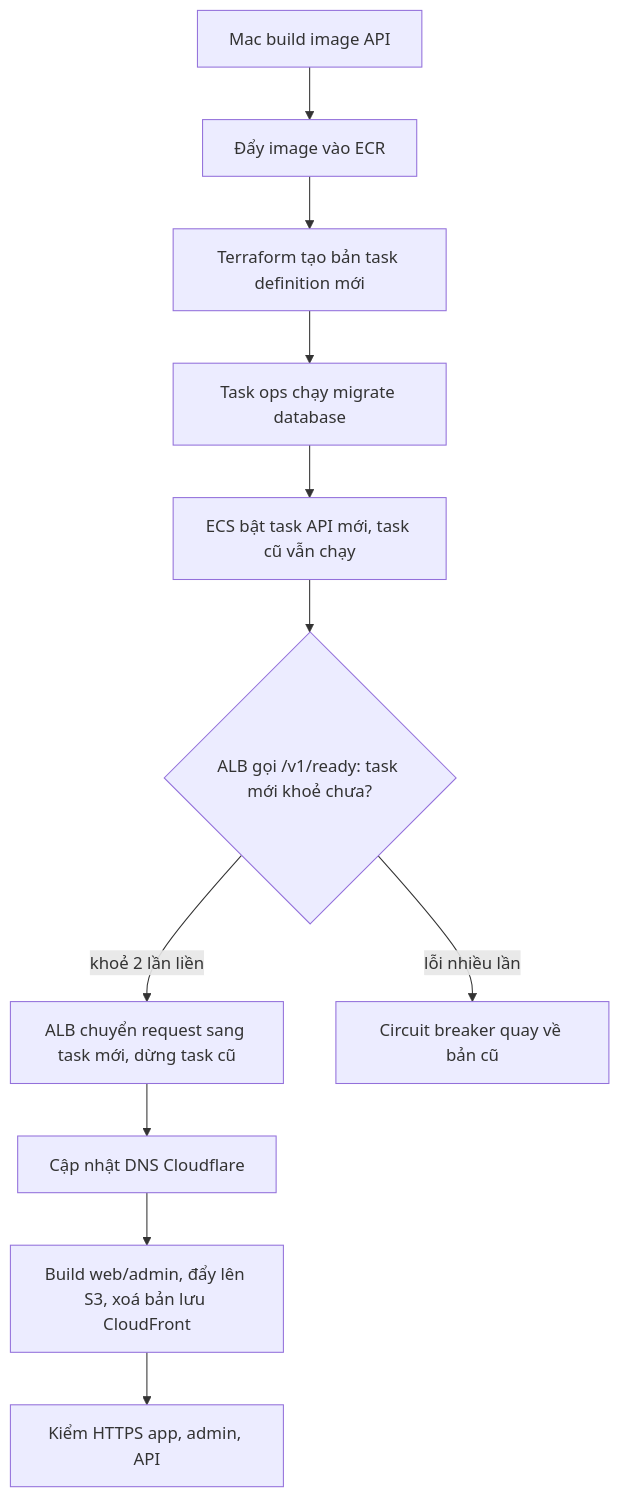
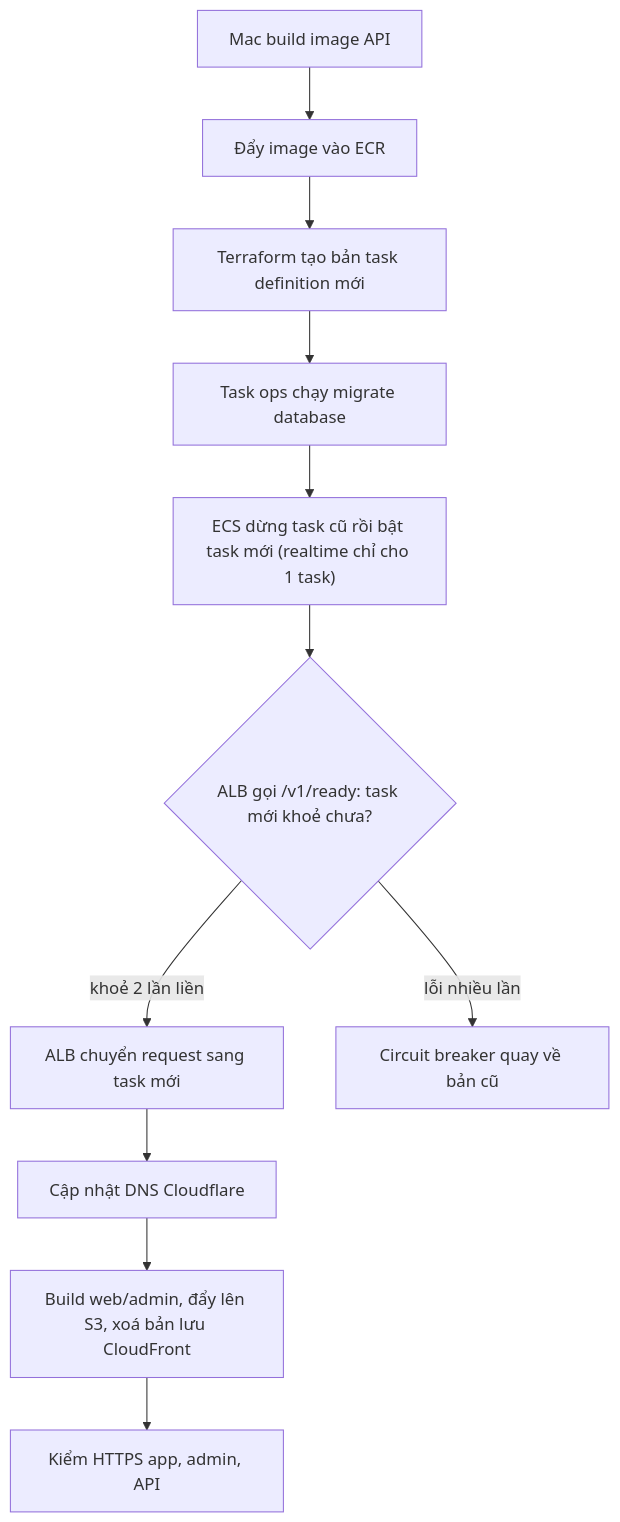
Before and after one commit to anhthaingd/dich-vu-quanh-ban: the fourth of 5 diagrams in docs/ke-hoach-trien-khai/hoc-deploy-aws02/07-dich-vu-va-console.md, drawn with Mermaid. The commit also changed other lines of this file, not shown here.

Commit message:
docs(aws-02): explain why the lab needs an ALB and that realtime deploys pause the API (B00-34)

````diff
--- a/docs/ke-hoach-trien-khai/hoc-deploy-aws02/07-dich-vu-va-console.md
+++ b/docs/ke-hoach-trien-khai/hoc-deploy-aws02/07-dich-vu-va-console.md
@@ -204,13 +204,13 @@
 ```mermaid
 flowchart TD
   A["Mac build image API"] --> B["Đẩy image vào ECR"]
   B --> C["Terraform tạo bản task definition mới"]
   C --> D["Task ops chạy migrate database"]
-  D --> E["ECS bật task API mới, task cũ vẫn chạy"]
+  D --> E["ECS dừng task cũ rồi bật task mới (realtime chỉ cho 1 task)"]
   E --> F{"ALB gọi /v1/ready: task mới khoẻ chưa?"}
-  F -->|"khoẻ 2 lần liền"| G["ALB chuyển request sang task mới, dừng task cũ"]
+  F -->|"khoẻ 2 lần liền"| G["ALB chuyển request sang task mới"]
   F -->|"lỗi nhiều lần"| H["Circuit breaker quay về bản cũ"]
   G --> I["Cập nhật DNS Cloudflare"]
   I --> J["Build web/admin, đẩy lên S3, xoá bản lưu CloudFront"]
   J --> K["Kiểm HTTPS app, admin, API"]
 ```
````
